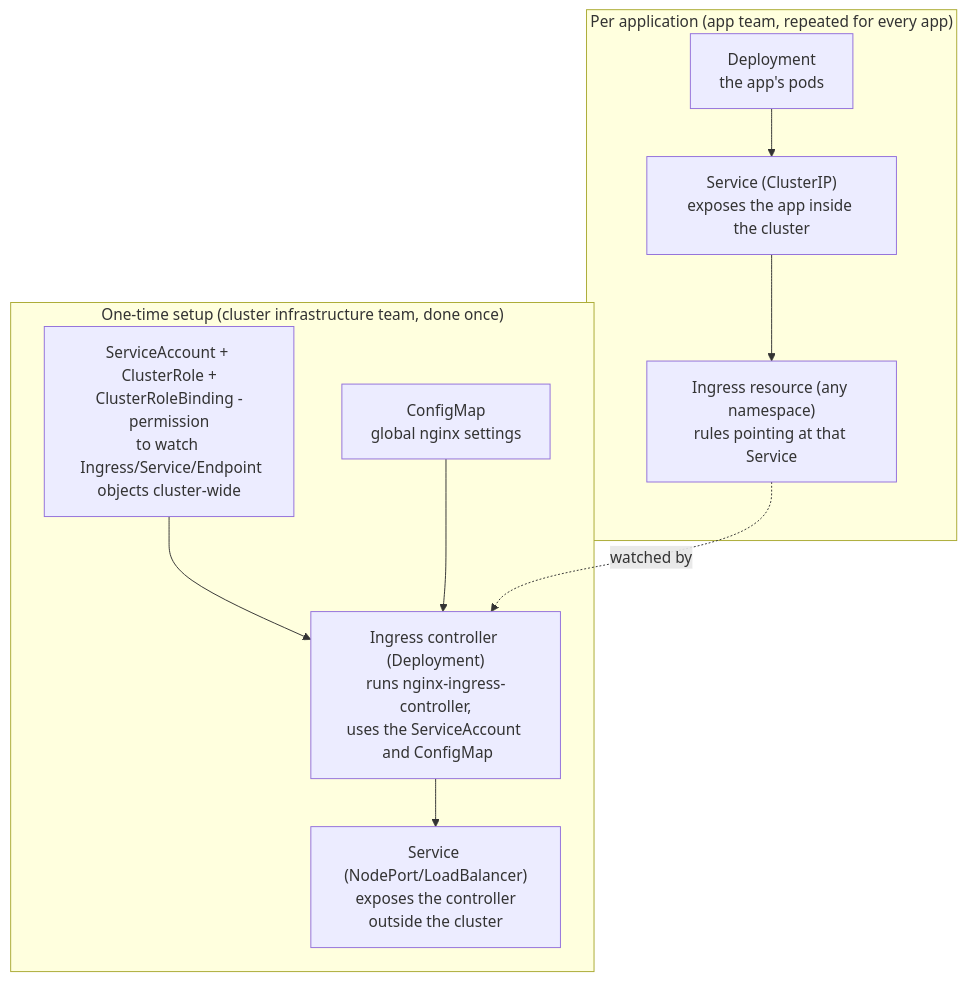
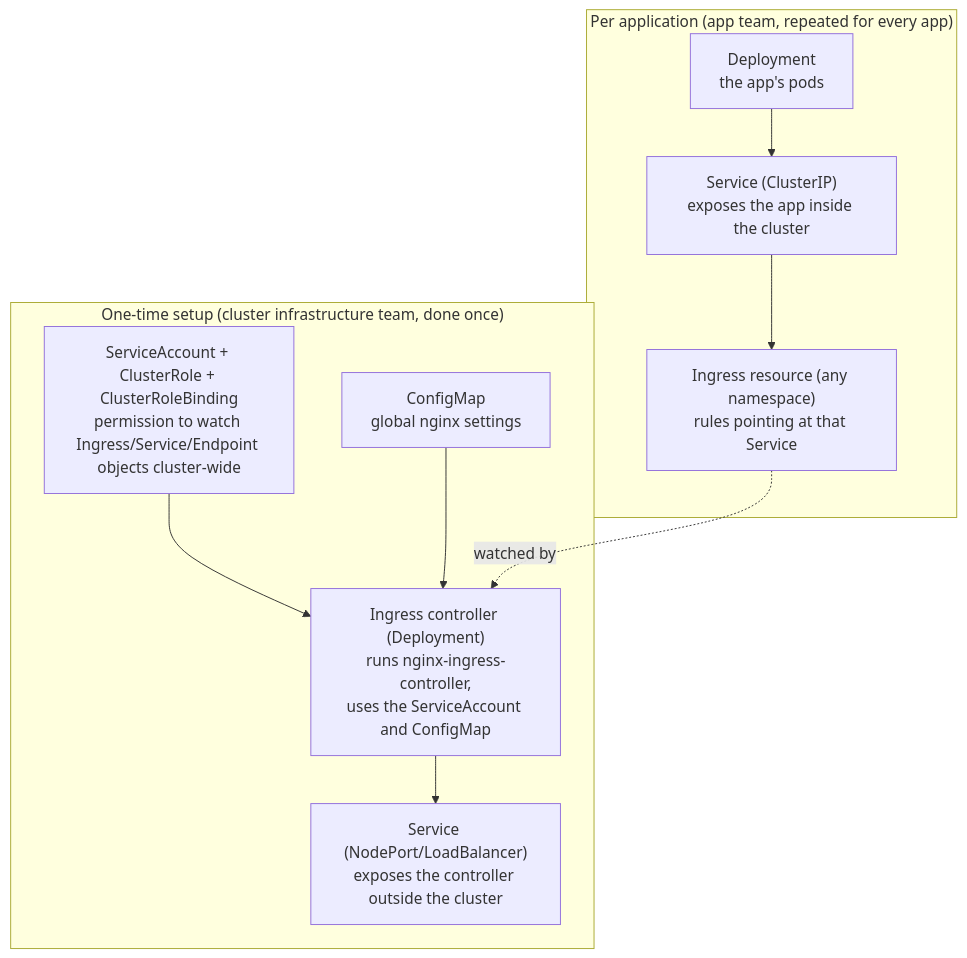
One commit to garashov/k8s-ckad-exam-prep changed diagram 28 of 28 in README.md. Above: the diagram before and after it, drawn with Mermaid. The commit also changed other lines of this file, not shown here.

Commit message:
Enchance Ingress

````diff
--- a/README.md
+++ b/README.md
@@ -3703,19 +3703,19 @@
 ```mermaid
 flowchart TB
     subgraph Setup["One-time setup (cluster infrastructure team, done once)"]
-        SA["ServiceAccount + ClusterRole +<br/> ClusterRoleBinding - permission<br/>to watch <br/> Ingress/Service/Endpoint<br/>objects cluster-wide"]
+        SA["ServiceAccount + ClusterRole + ClusterRoleBinding<br/>permission to watch Ingress/Service/Endpoint objects cluster-wide"]
         CM["ConfigMap<br/>global nginx settings"]
-        IC["Ingress controller (Deployment)<br/>runs nginx-ingress-controller,<br/>uses the ServiceAccount <br/> and ConfigMap"]
-        SVC["Service (NodePort/LoadBalancer)<br/>exposes the controller<br/>outside the cluster"]
+        IC["Ingress controller (Deployment)<br/>runs nginx-ingress-controller,<br/>uses the ServiceAccount and ConfigMap"]
+        SVC["Service (NodePort/LoadBalancer)<br/>exposes the controller outside the cluster"]
         SA --> IC
         CM --> IC
         IC --> SVC
     end
     subgraph PerApp["Per application (app team, repeated for every app)"]
         D["Deployment<br/>the app's pods"]
         S["Service (ClusterIP)<br/>exposes the app inside the cluster"]
         I["Ingress resource (any namespace)<br/>rules pointing at that Service"]
         D --> S --> I
     end
     I -.->|"watched by"| IC
 ```
````
